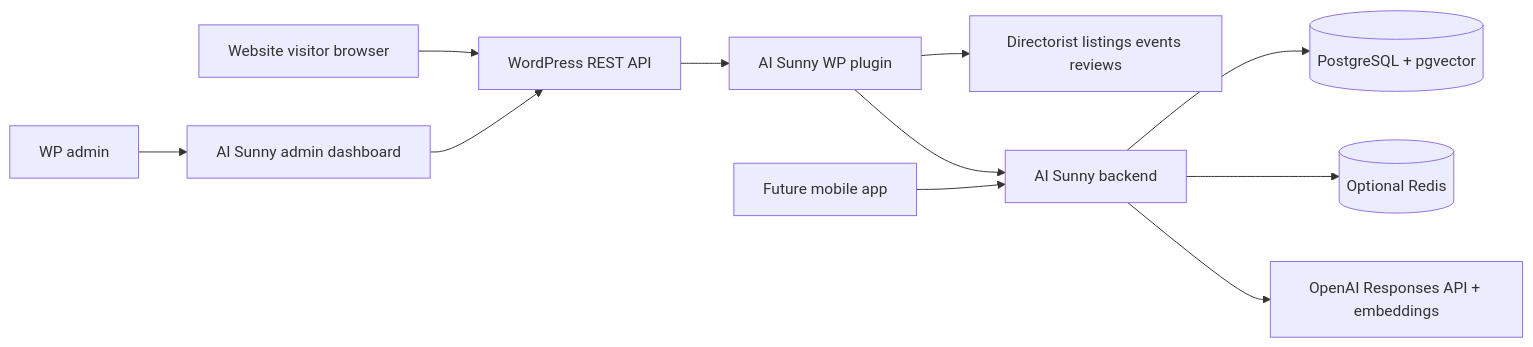
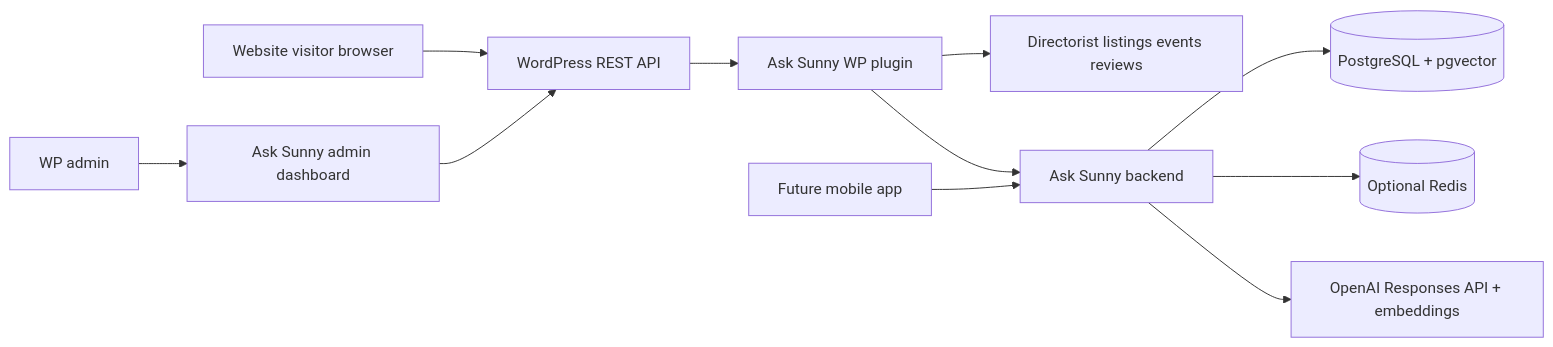
The diagram in README.md (sovware/ask-sunny-docs), drawn with Mermaid before and after one commit. The commit also changed other lines of this file and 9 other files, not shown here.

Commit message:
docs: organize Ask Sunny architecture docs

````diff
--- a/README.md
+++ b/README.md
@@ -25,13 +66,13 @@
 ```mermaid
 flowchart LR
   Browser[Website visitor browser] --> WPRest[WordPress REST API]
-  Admin[WP admin] --> WPAdmin[AI Sunny admin dashboard]
+  Admin[WP admin] --> WPAdmin[Ask Sunny admin dashboard]
   WPAdmin --> WPRest
-  WPRest --> WPPlugin[AI Sunny WP plugin]
+  WPRest --> WPPlugin[Ask Sunny WP plugin]
   WPPlugin --> Directorist[Directorist listings events reviews]
-  WPPlugin --> Server[AI Sunny backend]
+  WPPlugin --> Server[Ask Sunny backend]
   Mobile[Future mobile app] --> Server
   Server --> PG[(PostgreSQL + pgvector)]
   Server --> Redis[(Optional Redis)]
   Server --> OpenAI[OpenAI Responses API + embeddings]
 ```
````
